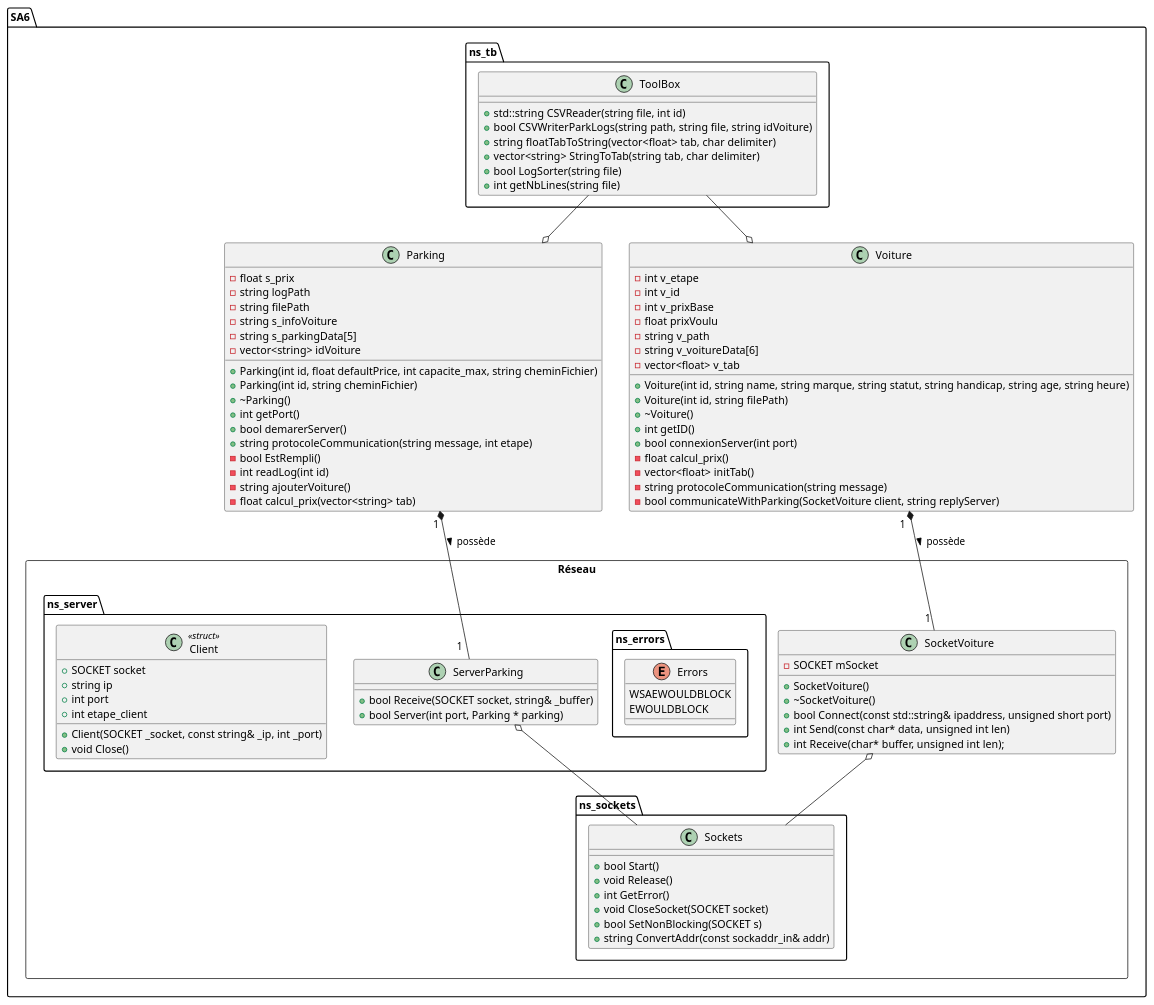
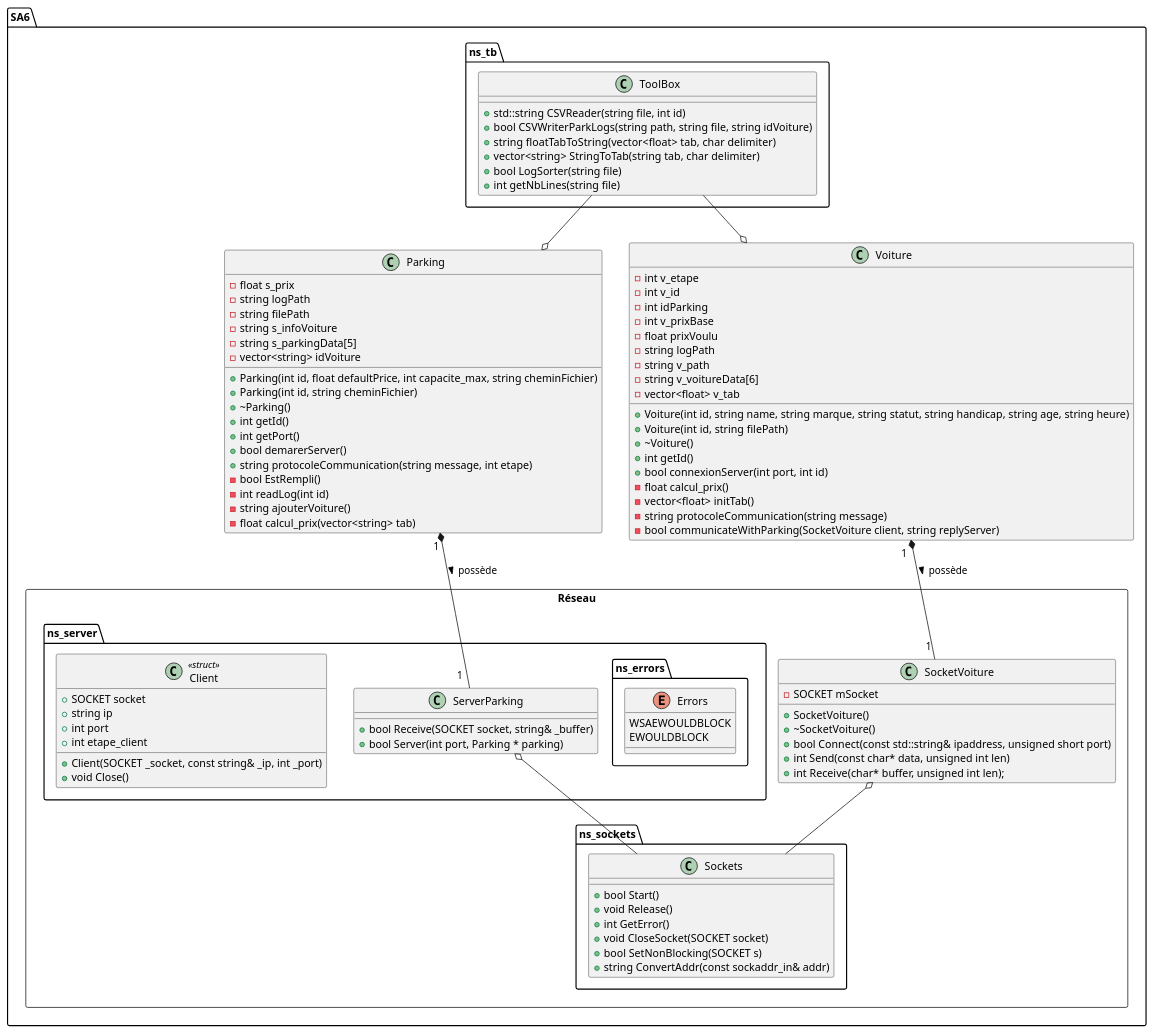
Before and after one commit to KevinFroissart/SA6_CarPark_AI: the diagram in SA6/doc/uml.plantuml, drawn with PlantUML. The commit also changed 39 other files, not shown here.

```diff
--- a/SA6/doc/uml.plantuml
+++ b/SA6/doc/uml.plantuml
@@ -1,117 +1,120 @@
 @startuml SA6_uml
 
 package SA6 {
 
     package ns_tb {
         class ToolBox {
             + std::string CSVReader(string file, int id)
             + bool CSVWriterParkLogs(string path, string file, string idVoiture)
             + string floatTabToString(vector<float> tab, char delimiter)
             + vector<string> StringToTab(string tab, char delimiter)
             + bool LogSorter(string file)
             + int getNbLines(string file)
         }
     }
     
     class Parking {
         - float s_prix
         - string logPath
         - string filePath
         - string s_infoVoiture
         - string s_parkingData[5]
         - vector<string> idVoiture
 
         + Parking(int id, float defaultPrice, int capacite_max, string cheminFichier)
         + Parking(int id, string cheminFichier)
         + ~Parking()
+        + int getId()
         + int getPort()
         + bool demarerServer()
         + string protocoleCommunication(string message, int etape)
         - bool EstRempli()
         - int readLog(int id)
         - string ajouterVoiture()
         - float calcul_prix(vector<string> tab)
     }
 
     Class Voiture {
         - int v_etape
         - int v_id
+        - int idParking
         - int v_prixBase
         - float prixVoulu
+        - string logPath
         - string v_path
         - string v_voitureData[6]
         - vector<float> v_tab
 
         + Voiture(int id, string name, string marque, string statut, string handicap, string age, string heure)
         + Voiture(int id, string filePath)
         + ~Voiture()
-        + int getID()
-        + bool connexionServer(int port)
+        + int getId()
+        + bool connexionServer(int port, int id)
         - float calcul_prix()
         - vector<float> initTab()
         - string protocoleCommunication(string message)
         - bool communicateWithParking(SocketVoiture client, string replyServer)
     }
 
     package Réseau <<Rectangle>> {
 
         package ns_server {
             Class ServerParking {
                 + bool Receive(SOCKET socket, string& _buffer)
                 + bool Server(int port, Parking * parking)
             }
 
             package ns_errors {
                 enum Errors {
                     WSAEWOULDBLOCK
                     EWOULDBLOCK
                 }
             }
 
             Class Client << struct >> {
                 + SOCKET socket
 	            + string ip
 	            + int port
 	            + int etape_client
 
 	            + Client(SOCKET _socket, const string& _ip, int _port)
                 + void Close()
             }
         }
 
         Class SocketVoiture {
             - SOCKET mSocket
 
             + SocketVoiture()
             + ~SocketVoiture()
             + bool Connect(const std::string& ipaddress, unsigned short port)
             + int Send(const char* data, unsigned int len)
             + int Receive(char* buffer, unsigned int len);	
         }
 
         package ns_sockets{
 
             Class Sockets {
 
                 + bool Start()
                 + void Release()
                 + int GetError()
                 + void CloseSocket(SOCKET socket)
                 + bool SetNonBlocking(SOCKET s)
                 + string ConvertAddr(const sockaddr_in& addr)    
             }
         }
     }
 }
 
 ToolBox --o Voiture
 ToolBox --o Parking
 
 Parking "1 " *-- "1  " ServerParking : > possède
 Voiture "1  " *-- "1 " SocketVoiture : possède >
 
 SocketVoiture o-- Sockets
 ServerParking o-- Sockets
 
 
 @enduml
```
